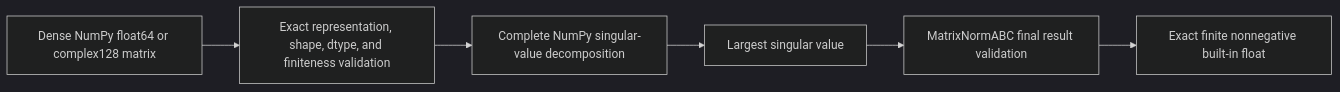
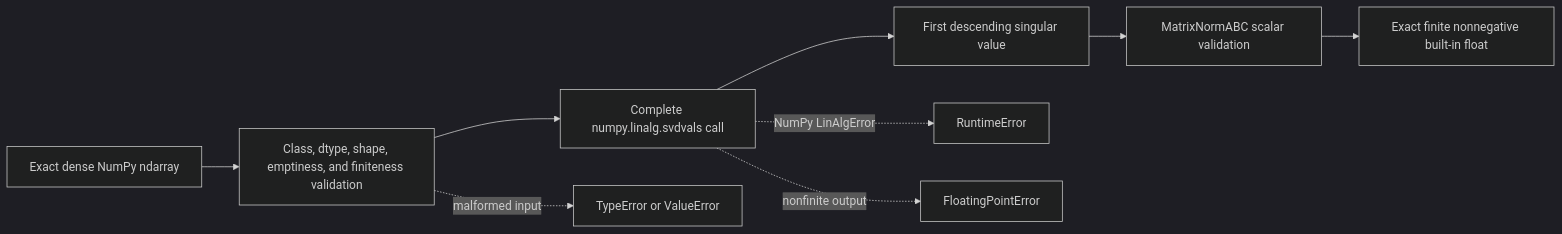
Before and after one commit to eragasa/projectkoios-optimization: the diagram in docs/architecture/projectkoios/numerics/linalg/spectral_norm/schematics.md, drawn with Mermaid (dark theme). The commit also changed other lines of this file and 13 other files, not shown here.

Commit message:
Complete dense spectral documentation

````diff
--- a/docs/architecture/projectkoios/numerics/linalg/spectral_norm/schematics.md
+++ b/docs/architecture/projectkoios/numerics/linalg/spectral_norm/schematics.md
@@ -3,11 +3,14 @@
 ```mermaid
 flowchart LR
-    D[Dense NumPy float64 or complex128 matrix]
-    V[Exact representation, shape, dtype, and finiteness validation]
-    S[Complete NumPy singular-value decomposition]
-    L[Largest singular value]
-    B[MatrixNormABC final result validation]
+    D[Exact dense NumPy ndarray]
+    V[Class, dtype, shape, emptiness, and finiteness validation]
+    S[Complete numpy.linalg.svdvals call]
+    L[First descending singular value]
+    B[MatrixNormABC scalar validation]
     F[Exact finite nonnegative built-in float]
 
     D --> V --> S --> L --> B --> F
+    V -. malformed input .-> X[TypeError or ValueError]
+    S -. NumPy LinAlgError .-> R[RuntimeError]
+    S -. nonfinite output .-> P[FloatingPointError]
 ```
````
